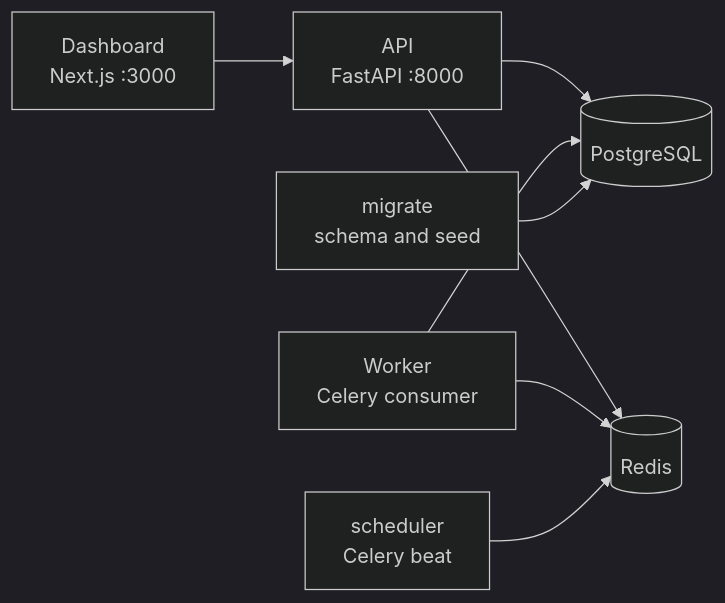
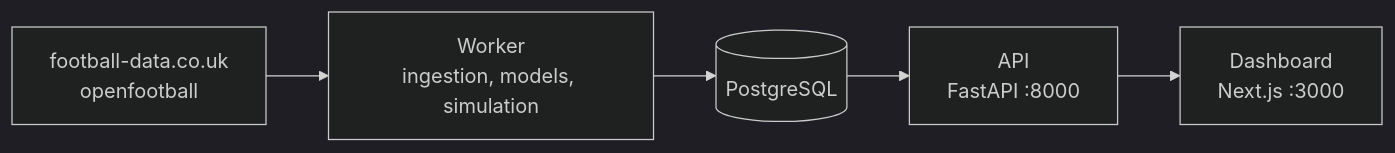
One commit to mgilardenghi/laliga-match-intelligence changed the diagram in README.md. Above: the diagram before and after it, drawn with Mermaid (dark theme). The commit also changed other lines of this file and 18 other files, not shown here.

````diff
--- a/README.md
+++ b/README.md
@@ -35,10 +134,7 @@
 ```mermaid
 flowchart LR
-    web["Dashboard<br/>Next.js :3000"] --> api["API<br/>FastAPI :8000"]
-    api --> db[("PostgreSQL")]
-    api --> redis[("Redis")]
-    worker["Worker<br/>Celery consumer"] --> db
-    worker --> redis
-    migrate["migrate<br/>schema and seed"] --> db
-    scheduler["scheduler<br/>Celery beat"] --> redis
+    sources["football-data.co.uk<br/>openfootball"] --> worker["Worker<br/>ingestion, models, simulation"]
+    worker --> db[("PostgreSQL")]
+    db --> api["API<br/>FastAPI :8000"]
+    api --> web["Dashboard<br/>Next.js :3000"]
 ```
````
